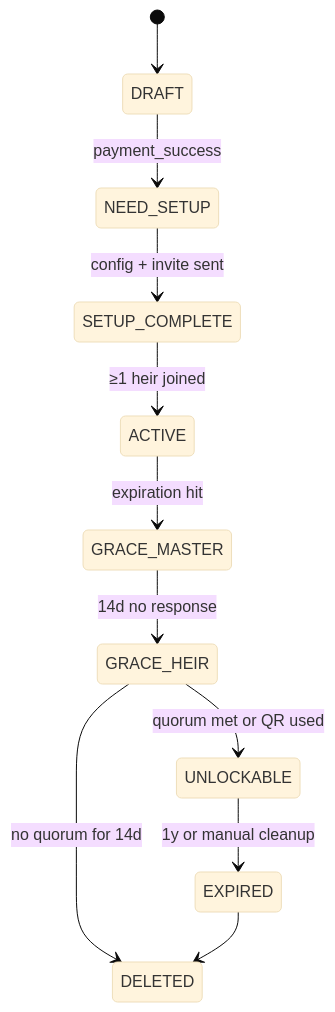
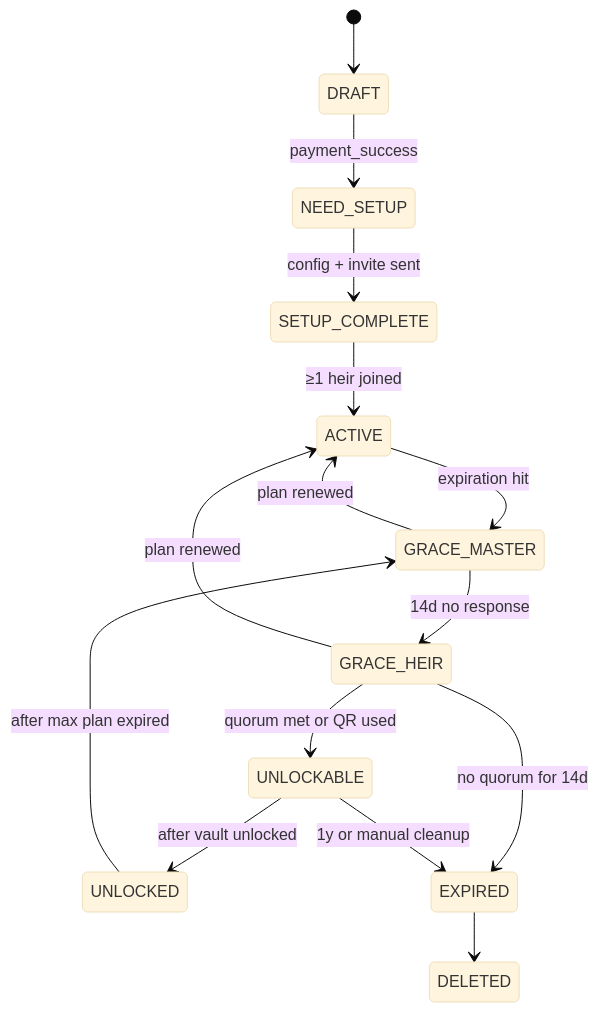
Before and after one commit to prasetyowira/LIVAULT: the diagram in plans/readme.md, drawn with Mermaid (base theme). The commit also changed 3 other files, not shown here.

````diff
--- a/plans/readme.md
+++ b/plans/readme.md
@@ -92,13 +92,17 @@
 ```mermaid
 stateDiagram-v2
   [*] --> DRAFT
   DRAFT --> NEED_SETUP: payment_success
   NEED_SETUP --> SETUP_COMPLETE: config + invite sent
   SETUP_COMPLETE --> ACTIVE: ≥1 heir joined
   ACTIVE --> GRACE_MASTER: expiration hit
+  GRACE_MASTER --> ACTIVE: plan renewed
   GRACE_MASTER --> GRACE_HEIR: 14d no response
+  GRACE_HEIR --> ACTIVE: plan renewed
   GRACE_HEIR --> UNLOCKABLE: quorum met or QR used
-  GRACE_HEIR --> DELETED: no quorum for 14d
+  UNLOCKABLE --> UNLOCKED: after vault unlocked
+  UNLOCKED --> GRACE_MASTER: after max plan expired
+  GRACE_HEIR --> EXPIRED: no quorum for 14d
   UNLOCKABLE --> EXPIRED: 1y or manual cleanup
   EXPIRED --> DELETED
 ```
````
